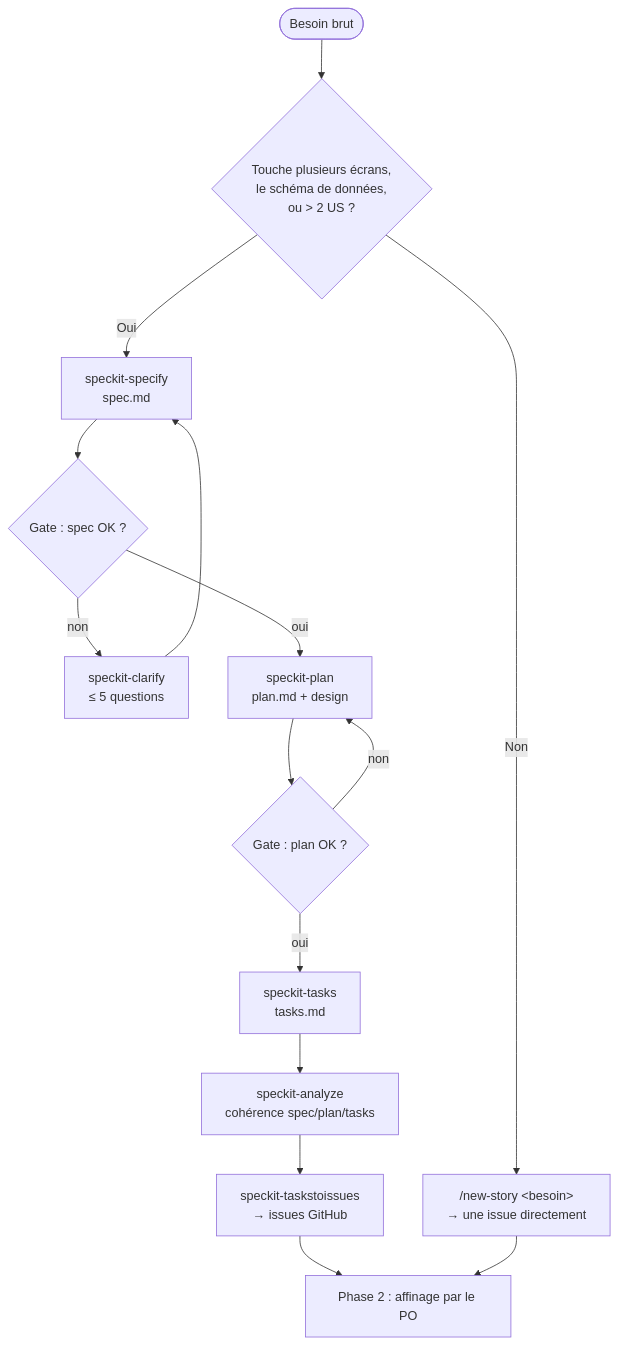
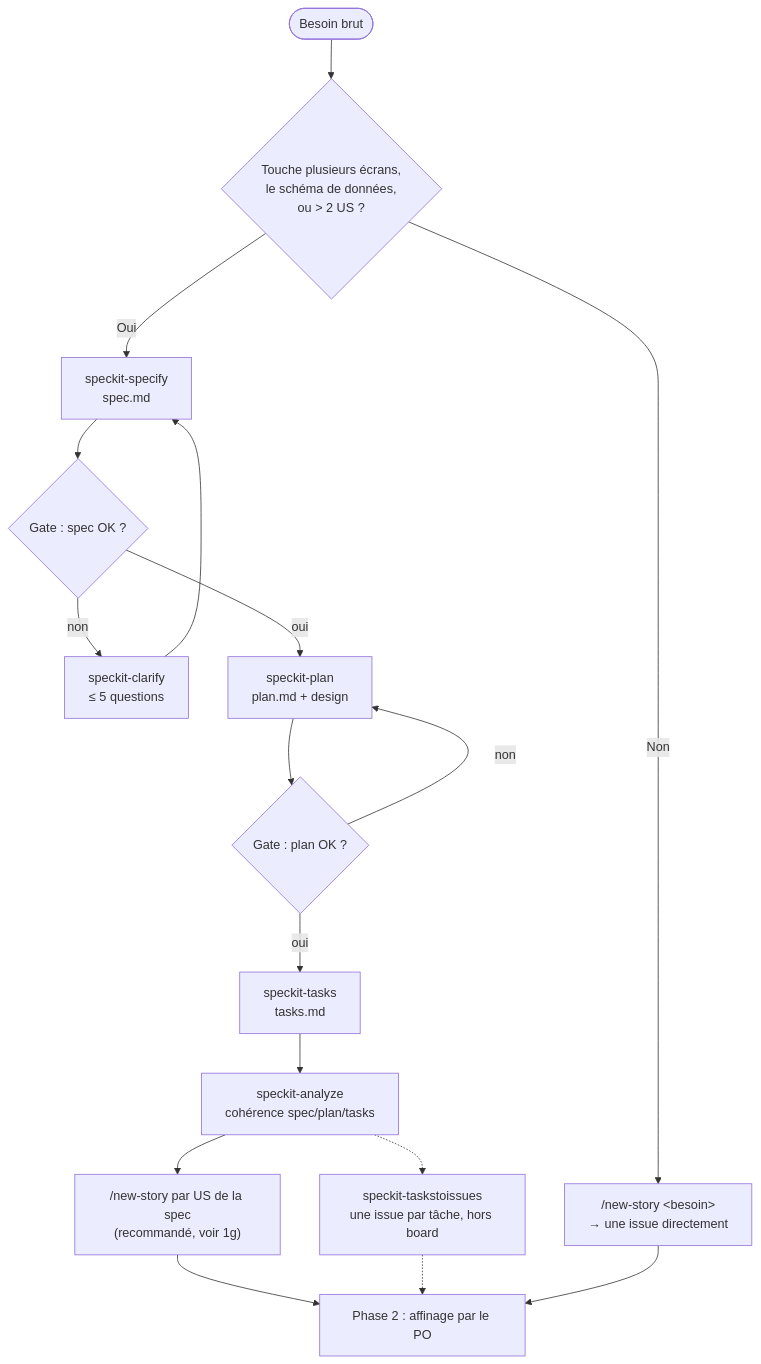
The fourth of 12 diagrams in docs/SDLC.md (mehdisebei-debug/KIDS-APP), drawn with Mermaid before and after one commit. The commit also changed other lines of this file, not shown here.

````diff
--- a/docs/SDLC.md
+++ b/docs/SDLC.md
@@ -238,16 +240,18 @@
 ```mermaid
 flowchart TD
     I([Besoin brut]) --> Q{"Touche plusieurs écrans,<br/>le schéma de données,<br/>ou > 2 US ?"}
     Q -- Non --> S1["/new-story &lt;besoin&gt;<br/>→ une issue directement"]
     Q -- Oui --> S2[speckit-specify<br/>spec.md]
     S2 --> G1{Gate : spec OK ?}
     G1 -- non --> CL[speckit-clarify<br/>≤ 5 questions] --> S2
     G1 -- oui --> P[speckit-plan<br/>plan.md + design]
     P --> G2{Gate : plan OK ?}
     G2 -- non --> P
     G2 -- oui --> T[speckit-tasks<br/>tasks.md]
     T --> AN[speckit-analyze<br/>cohérence spec/plan/tasks]
-    AN --> TI[speckit-taskstoissues<br/>→ issues GitHub]
+    AN --> TI["/new-story par US de la spec<br/>(recommandé, voir 1g)"]
+    AN -.-> TI2[speckit-taskstoissues<br/>une issue par tâche, hors board]
     TI --> R[Phase 2 : affinage par le PO]
+    TI2 -.-> R
     S1 --> R
 ```
````
